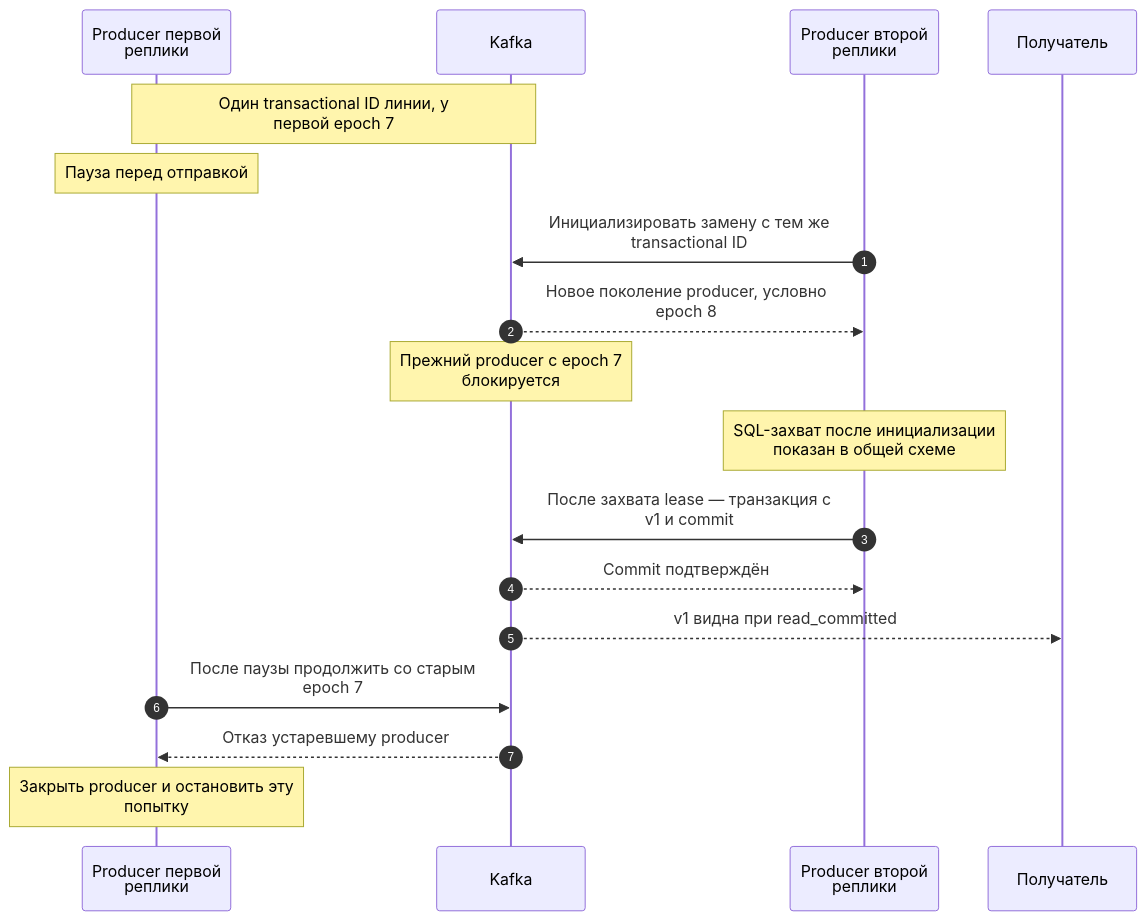
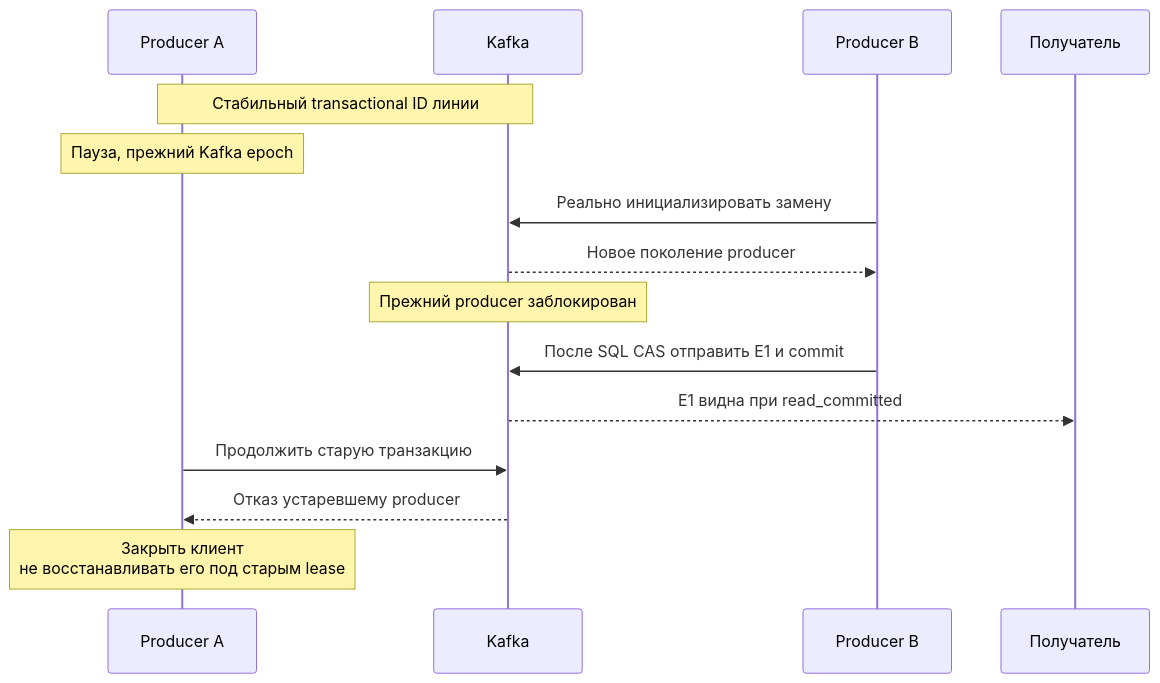
One commit to Includeoyasi/faultline-lab changed the third of 5 diagrams in docs/architecture/KAFKA_PUBLISHING.md. Above: the diagram before and after it, drawn with Mermaid. The commit also changed other lines of this file, not shown here.

Commit message:
docs: prepare F09 publishing architecture decision

````diff
--- a/docs/architecture/KAFKA_PUBLISHING.md
+++ b/docs/architecture/KAFKA_PUBLISHING.md
@@ -84,20 +66,17 @@
 ```mermaid
 sequenceDiagram
-    autonumber
-    participant A as Producer первой<br/>реплики
+    participant A as Producer A
     participant K as Kafka
-    participant B as Producer второй<br/>реплики
+    participant B as Producer B
     participant C as Получатель
-    Note over A,K: Один transactional ID линии, у<br/>первой epoch 7
-    Note over A: Пауза перед отправкой
-    B->>K: Инициализировать замену с тем же<br/>transactional ID
-    K-->>B: Новое поколение producer, условно<br/>epoch 8
-    Note over K: Прежний producer с epoch 7<br/>блокируется
-    Note over B: SQL-захват после инициализации<br/>показан в общей схеме
-    B->>K: После захвата lease — транзакция с<br/>v1 и commit
-    K-->>B: Commit подтверждён
-    K-->>C: v1 видна при read_committed
-    A->>K: После паузы продолжить со старым<br/>epoch 7
+    Note over A,K: Стабильный transactional ID линии
+    Note over A: Пауза, прежний Kafka epoch
+    B->>K: Реально инициализировать замену
+    K-->>B: Новое поколение producer
+    Note over K: Прежний producer заблокирован
+    B->>K: После SQL CAS отправить E1 и commit
+    K-->>C: E1 видна при read_committed
+    A->>K: Продолжить старую транзакцию
     K-->>A: Отказ устаревшему producer
-    Note over A: Закрыть producer и остановить эту<br/>попытку
+    Note over A: Закрыть клиент<br/>не восстанавливать его под старым lease
 ```
````
